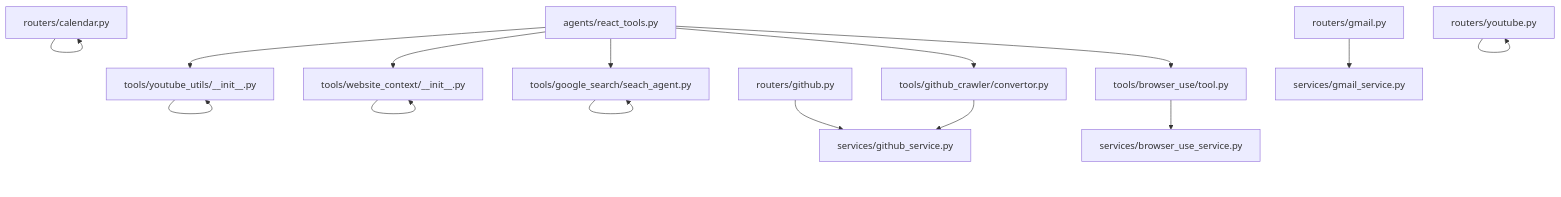
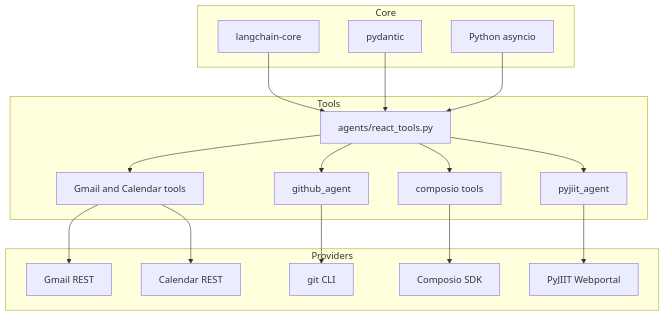
The fifth of 5 diagrams in src/data/docs/agentic-browser/Tool System/Tool System.md (tashifkhan/tashif.codes), drawn with Mermaid before and after one commit. The commit also changed other lines of this file and 114 other files, not shown here.

````diff
--- a/src/data/docs/agentic-browser/Tool System/Tool System.md
+++ b/src/data/docs/agentic-browser/Tool System/Tool System.md
@@ -261,17 +147,34 @@
 ```mermaid
 graph TB
-RT["agents/react_tools.py"] --> BT["tools/browser_use/tool.py"]
-RT --> GC["tools/github_crawler/convertor.py"]
-RT --> GS["tools/google_search/seach_agent.py"]
-RT --> WC["tools/website_context/__init__.py"]
-RT --> YU["tools/youtube_utils/__init__.py"]
-BT --> BUS["services/browser_use_service.py"]
-GC --> GHS["services/github_service.py"]
-GS --> GS
-WC --> WC
-YU --> YU
-GR["routers/github.py"] --> GHS
-GM["routers/gmail.py"] --> GLS["services/gmail_service.py"]
-CA["routers/calendar.py"] --> CA
-YT["routers/youtube.py"] --> YT
+  subgraph Core
+    LC["langchain-core"]
+    PD["pydantic"]
+    PY["Python asyncio"]
+  end
+  subgraph Providers
+    Gmail["Gmail REST"]
+    Calendar["Calendar REST"]
+    Git["git CLI"]
+    Composio["Composio SDK"]
+    Portal["PyJIIT Webportal"]
+  end
+  subgraph Tools
+    Registry["agents/react_tools.py"]
+    GmailT["Gmail and Calendar tools"]
+    GHT["github_agent"]
+    COT["composio tools"]
+    PJT["pyjiit_agent"]
+  end
+  LC --> Registry
+  PD --> Registry
+  PY --> Registry
+  Registry --> GmailT
+  Registry --> GHT
+  Registry --> COT
+  Registry --> PJT
+  GmailT --> Gmail
+  GmailT --> Calendar
+  GHT --> Git
+  COT --> Composio
+  PJT --> Portal
 ```
````
